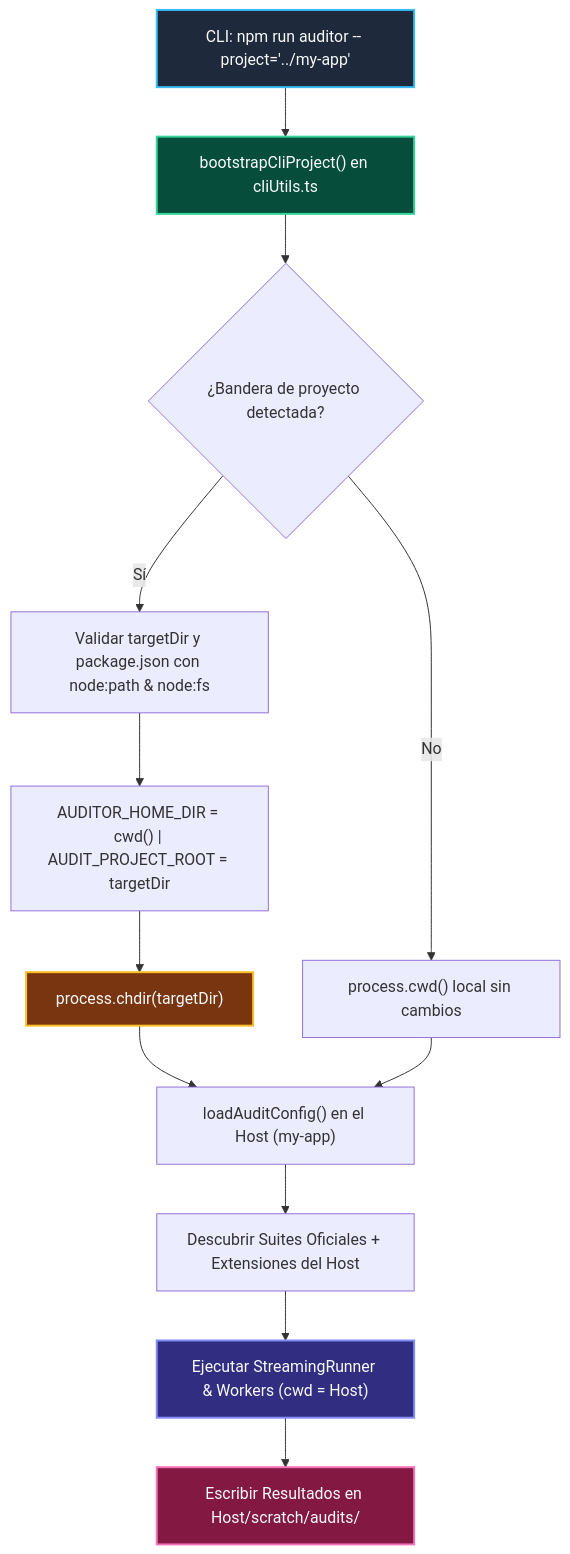
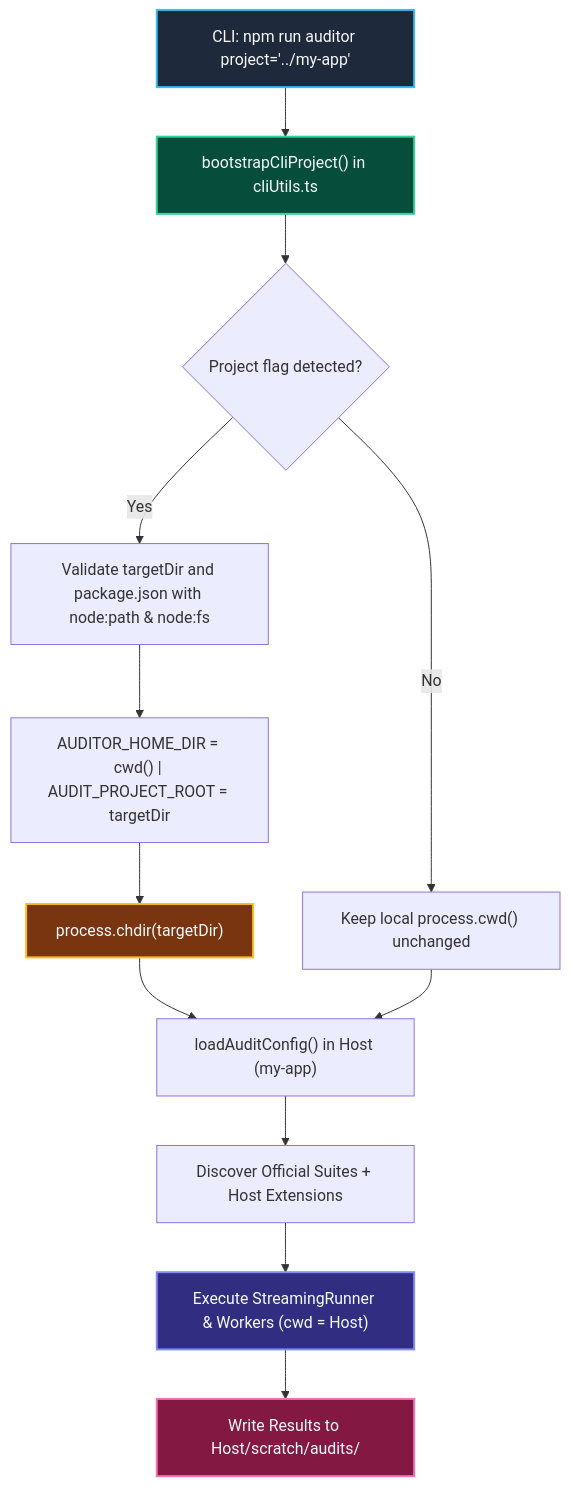
The first of 5 diagrams in README.md (francogp/auditor), drawn with Mermaid before and after one commit. The commit also changed other lines of this file and 101 other files, not shown here.

First line of the commit message:
fix: modernize owned agent skills, DOX hierarchy, and CLI execution flows (v10.12.5)

````diff
--- a/README.md
+++ b/README.md
@@ -561,20 +575,20 @@
 ```mermaid
 flowchart TD
-  CLI["CLI: npm run auditor -- project='../my-app'"] --> B["bootstrapCliProject() en cliUtils.ts"]
-  B --> C{"¿Bandera de proyecto detectada?"}
-  C -- No --> D["process.cwd() local sin cambios"]
-  C -- Sí --> E["Validar targetDir y package.json con node:path & node:fs"]
+  CLI["CLI: npm run auditor project='../my-app'"] --> B["bootstrapCliProject() in cliUtils.ts"]
+  B --> C{"Project flag detected?"}
+  C -- "No" --> D["Keep local process.cwd() unchanged"]
+  C -- "Yes" --> E["Validate targetDir and package.json with node:path & node:fs"]
   E --> F["AUDITOR_HOME_DIR = cwd() | AUDIT_PROJECT_ROOT = targetDir"]
   F --> G["process.chdir(targetDir)"]
-  G --> H["loadAuditConfig() en el Host (my-app)"]
+  G --> H["loadAuditConfig() in Host (my-app)"]
   D --> H
-  H --> I["Descubrir Suites Oficiales + Extensiones del Host"]
-  I --> J["Ejecutar StreamingRunner & Workers (cwd = Host)"]
-  J --> K["Escribir Resultados en Host/scratch/audits/"]
+  H --> I["Discover Official Suites + Host Extensions"]
+  I --> J["Execute StreamingRunner & Workers (cwd = Host)"]
+  J --> K["Write Results to Host/scratch/audits/"]
 
   style CLI fill:#1e293b,stroke:#38bdf8,stroke-width:2px,color:#f8fafc
   style B fill:#064e3b,stroke:#34d399,stroke-width:2px,color:#f8fafc
   style G fill:#78350f,stroke:#fbbf24,stroke-width:2px,color:#f8fafc
   style J fill:#312e81,stroke:#818cf8,stroke-width:2px,color:#f8fafc
   style K fill:#831843,stroke:#f472b6,stroke-width:2px,color:#f8fafc
 ```
````
